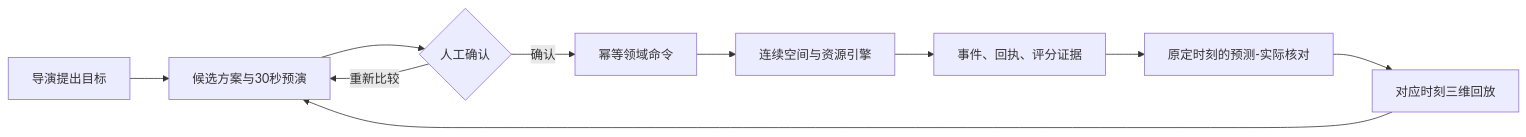
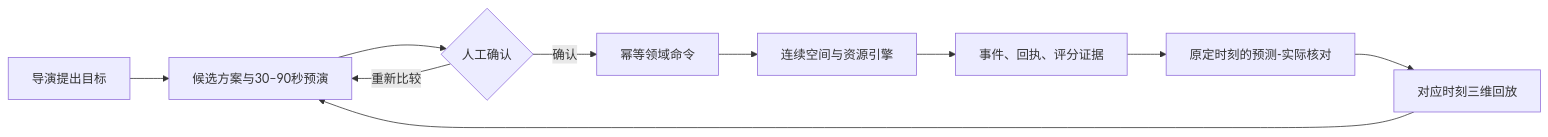
Before and after one commit to Felix-lxx/zhiyan-anxiang: the third of 3 diagrams in docs/architecture/README.md, drawn with Mermaid. The commit also changed other lines of this file and 39 other files, not shown here.

````diff
--- a/docs/architecture/README.md
+++ b/docs/architecture/README.md
@@ -110,12 +118,12 @@
 ```mermaid
 flowchart LR
-    Goal[导演提出目标] --> Candidate[候选方案与30秒预演]
+    Goal[导演提出目标] --> Candidate[候选方案与30–90秒预演]
     Candidate --> Confirm{人工确认}
     Confirm -->|确认| Commands[幂等领域命令]
     Confirm -->|重新比较| Candidate
     Commands --> Engine[连续空间与资源引擎]
     Engine --> Evidence[事件、回执、评分证据]
     Evidence --> Outcome[原定时刻的预测-实际核对]
     Outcome --> Replay[对应时刻三维回放]
     Replay --> Candidate
 ```
````
